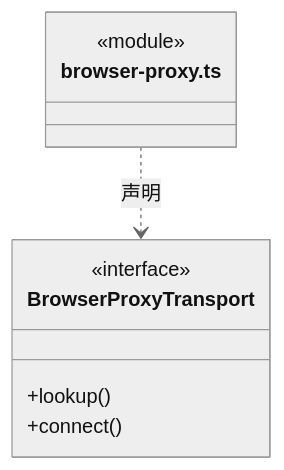
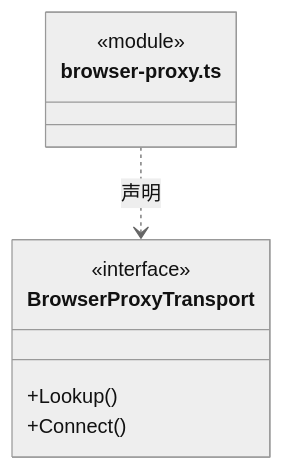
Before and after one commit to nan023062/cbim: the second of 8 diagrams in src/core/platform/node/web/ARCHITECTURE.md, drawn with Mermaid (neutral theme). The commit also changed other lines of this file and 1035 other files, not shown here.

````diff
--- a/src/core/platform/node/web/ARCHITECTURE.md
+++ b/src/core/platform/node/web/ARCHITECTURE.md
@@ -34,12 +34,12 @@
 ```mermaid
 classDiagram
 class N_src_core_platform_node_web_browser_proxy_ts["browser-proxy.ts"] {
   <<module>>
 }
 class N_src_core_platform_node_web_browser_proxy_ts_BrowserProxyTransport["BrowserProxyTransport"] {
   <<interface>>
-  +lookup()
-  +connect()
+  +Lookup()
+  +Connect()
 }
 N_src_core_platform_node_web_browser_proxy_ts ..> N_src_core_platform_node_web_browser_proxy_ts_BrowserProxyTransport : 声明
 ```
````
